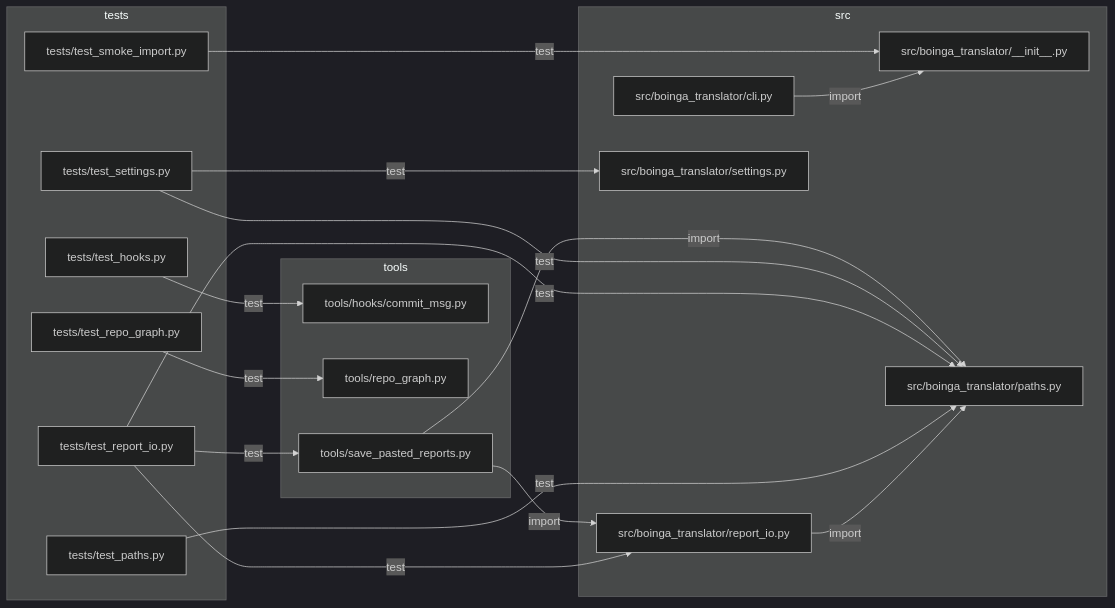
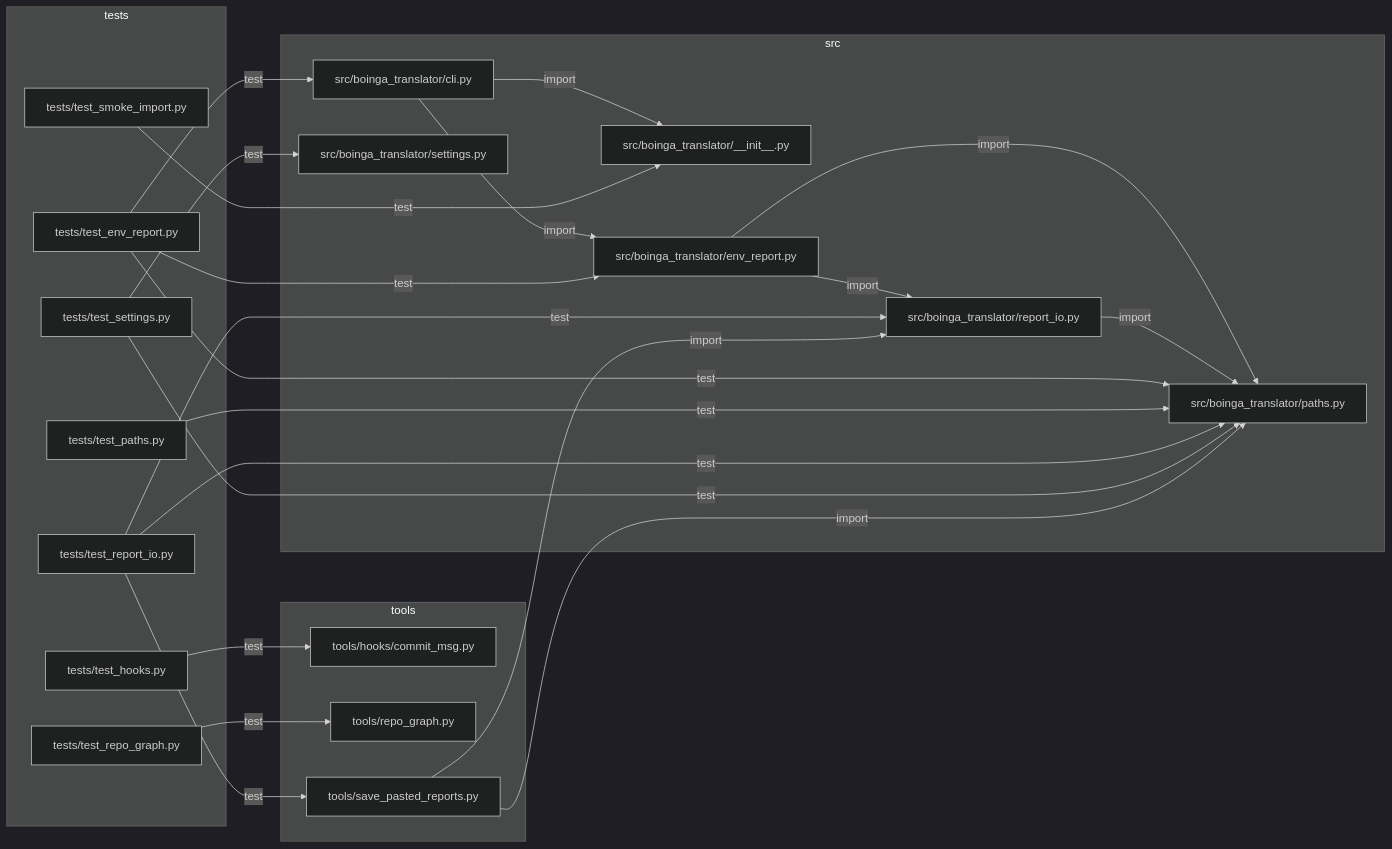
The diagram in docs/REPO_GRAPH.md (asparagusD/boinga-translator), drawn with Mermaid (dark theme) before and after one commit. The commit also changed other lines of this file and 5 other files, not shown here.

````diff
--- a/docs/REPO_GRAPH.md
+++ b/docs/REPO_GRAPH.md
@@ -60,36 +62,44 @@
 ```mermaid
 graph LR
   subgraph sg_src["src"]
     n_src_boinga_translator___init___py["src/boinga_translator/__init__.py"]
     n_src_boinga_translator_cli_py["src/boinga_translator/cli.py"]
+    n_src_boinga_translator_env_report_py["src/boinga_translator/env_report.py"]
     n_src_boinga_translator_paths_py["src/boinga_translator/paths.py"]
     n_src_boinga_translator_report_io_py["src/boinga_translator/report_io.py"]
     n_src_boinga_translator_settings_py["src/boinga_translator/settings.py"]
   end
   subgraph sg_tests["tests"]
+    n_tests_test_env_report_py["tests/test_env_report.py"]
     n_tests_test_hooks_py["tests/test_hooks.py"]
     n_tests_test_paths_py["tests/test_paths.py"]
     n_tests_test_repo_graph_py["tests/test_repo_graph.py"]
     n_tests_test_report_io_py["tests/test_report_io.py"]
     n_tests_test_settings_py["tests/test_settings.py"]
     n_tests_test_smoke_import_py["tests/test_smoke_import.py"]
   end
   subgraph sg_tools["tools"]
     n_tools_hooks_commit_msg_py["tools/hooks/commit_msg.py"]
     n_tools_repo_graph_py["tools/repo_graph.py"]
     n_tools_save_pasted_reports_py["tools/save_pasted_reports.py"]
   end
   n_src_boinga_translator_cli_py -->|import| n_src_boinga_translator___init___py
+  n_src_boinga_translator_cli_py -->|import| n_src_boinga_translator_env_report_py
+  n_src_boinga_translator_env_report_py -->|import| n_src_boinga_translator_paths_py
+  n_src_boinga_translator_env_report_py -->|import| n_src_boinga_translator_report_io_py
   n_src_boinga_translator_report_io_py -->|import| n_src_boinga_translator_paths_py
+  n_tests_test_env_report_py -->|test| n_src_boinga_translator_cli_py
+  n_tests_test_env_report_py -->|test| n_src_boinga_translator_env_report_py
+  n_tests_test_env_report_py -->|test| n_src_boinga_translator_paths_py
   n_tests_test_hooks_py -->|test| n_tools_hooks_commit_msg_py
   n_tests_test_paths_py -->|test| n_src_boinga_translator_paths_py
   n_tests_test_repo_graph_py -->|test| n_tools_repo_graph_py
   n_tests_test_report_io_py -->|test| n_src_boinga_translator_paths_py
   n_tests_test_report_io_py -->|test| n_src_boinga_translator_report_io_py
   n_tests_test_report_io_py -->|test| n_tools_save_pasted_reports_py
   n_tests_test_settings_py -->|test| n_src_boinga_translator_paths_py
   n_tests_test_settings_py -->|test| n_src_boinga_translator_settings_py
   n_tests_test_smoke_import_py -->|test| n_src_boinga_translator___init___py
   n_tools_save_pasted_reports_py -->|import| n_src_boinga_translator_paths_py
   n_tools_save_pasted_reports_py -->|import| n_src_boinga_translator_report_io_py
 ```
````
